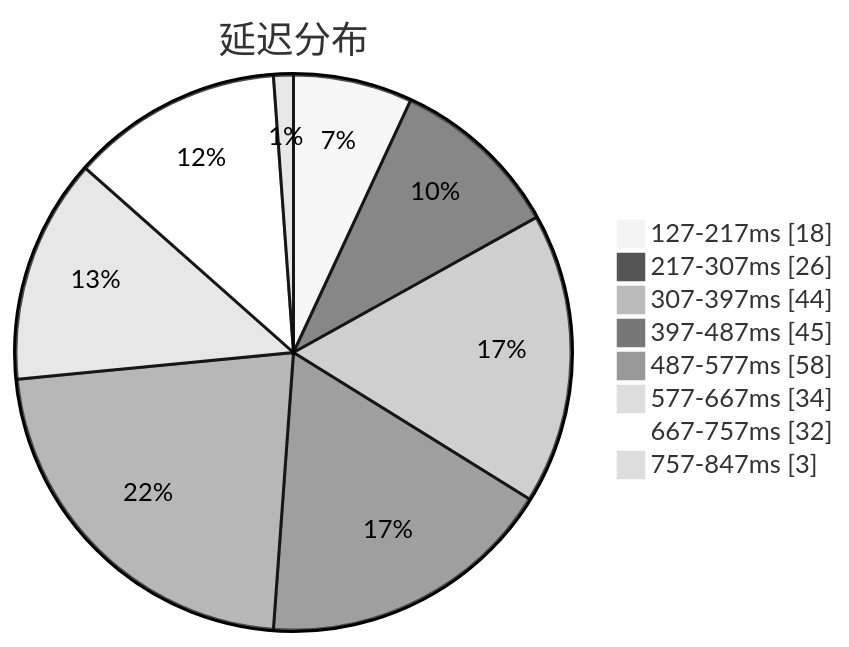
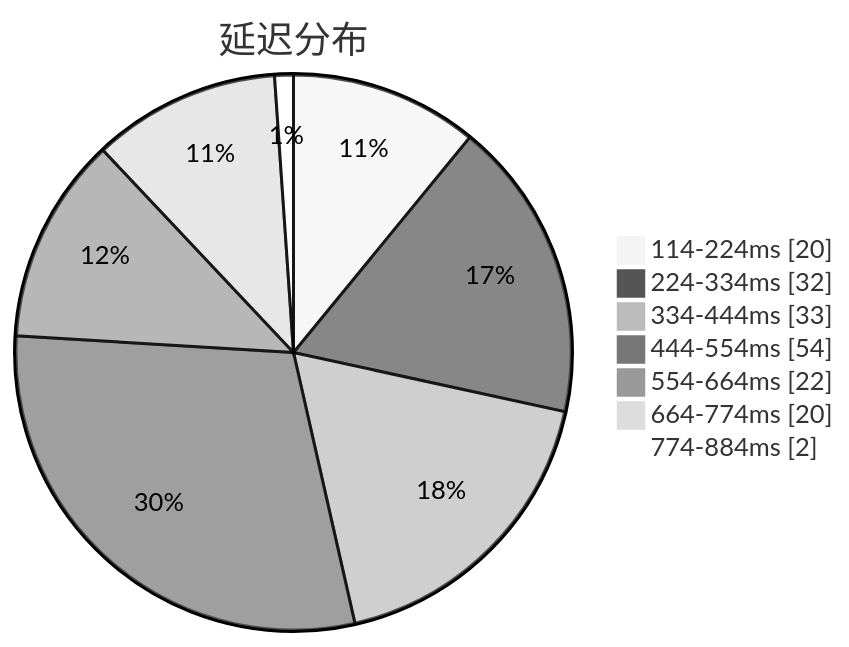
Before and after one commit to sinspired/airport: the first of 3 diagrams in subs/statistics/tested_within.md, drawn with Mermaid (neutral theme). The commit also changed other lines of this file and 2 other files, not shown here.

````diff
--- a/subs/statistics/tested_within.md
+++ b/subs/statistics/tested_within.md
@@ -2,12 +2,11 @@
 ```mermaid
 pie showData
 title 延迟分布
-"127-217ms" : 18
-"217-307ms" : 26
-"307-397ms" : 44
-"397-487ms" : 45
-"487-577ms" : 58
-"577-667ms" : 34
-"667-757ms" : 32
-"757-847ms" : 3
+"114-224ms" : 20
+"224-334ms" : 32
+"334-444ms" : 33
+"444-554ms" : 54
+"554-664ms" : 22
+"664-774ms" : 20
+"774-884ms" : 2
 ```
````
